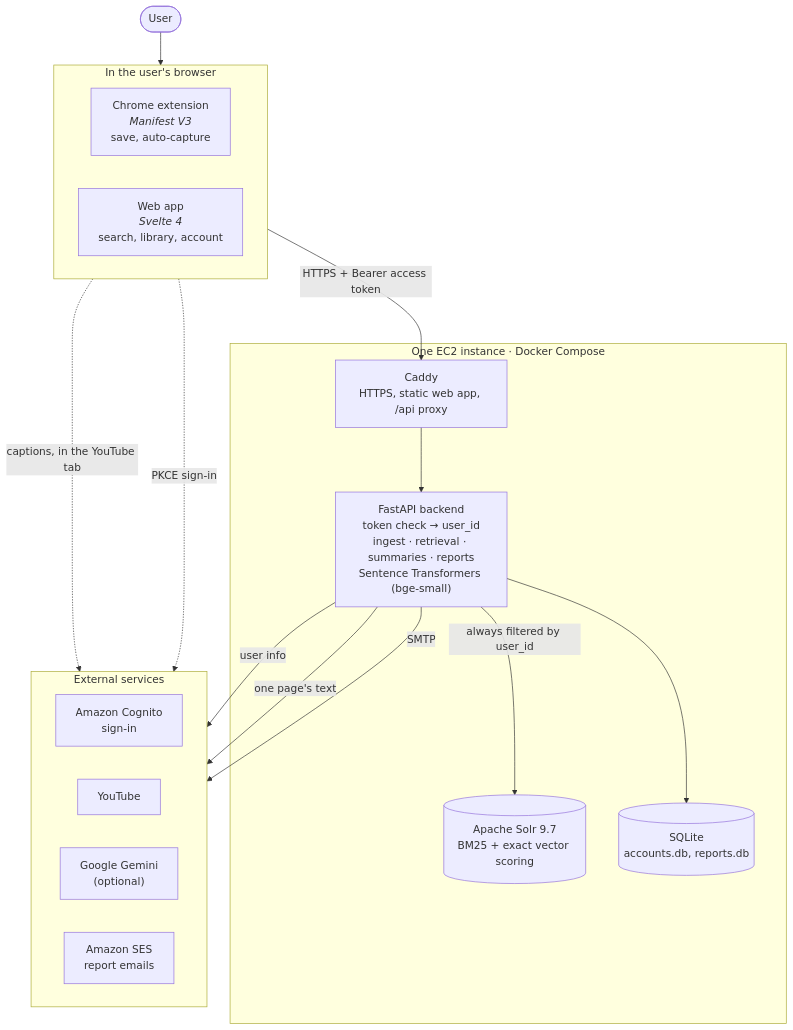
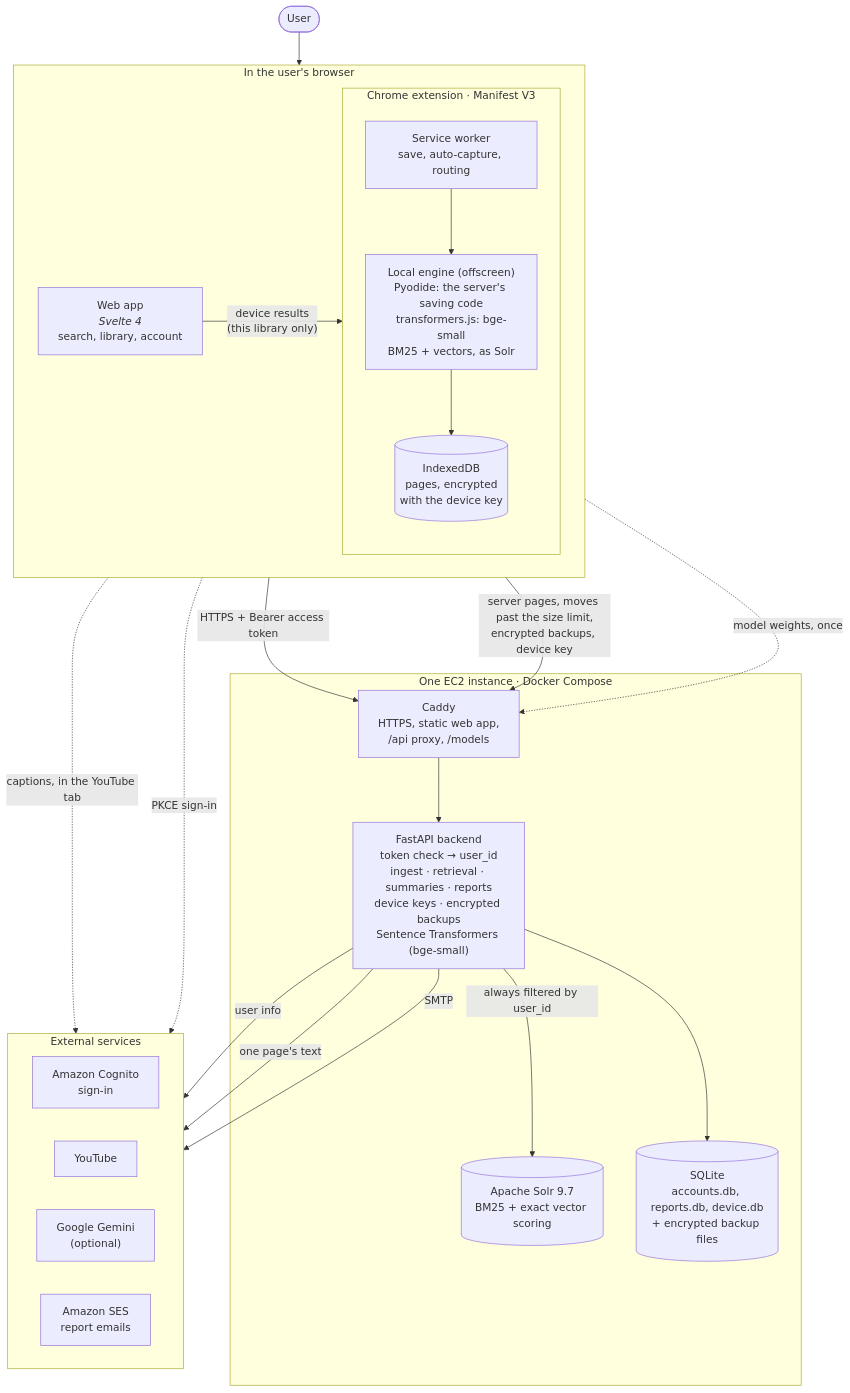
Before and after one commit to rabeeh18/ucs503p-202627-MemoryLane: the diagram in docs/architecture/overview.md, drawn with Mermaid. The commit also changed 20 other files, not shown here.

First line of the commit message:
Diagrams: device storage and IndexedDB in docs and report

````diff
--- a/docs/architecture/overview.md
+++ b/docs/architecture/overview.md
@@ -5,36 +5,45 @@
 ```mermaid
 flowchart TB
     user(["User"])
 
     subgraph client["In the user's browser"]
         direction LR
-        ext["Chrome extension<br/><i>Manifest V3</i><br/>save, auto-capture"]
+        subgraph extbox["Chrome extension · Manifest V3"]
+            direction TB
+            ext["Service worker<br/>save, auto-capture, routing"]
+            engine["Local engine (offscreen)<br/>Pyodide: the server's saving code<br/>transformers.js: bge-small<br/>BM25 + vectors, as Solr"]
+            idb[("IndexedDB<br/>pages, encrypted<br/>with the device key")]
+            ext --> engine --> idb
+        end
         web["Web app<br/><i>Svelte 4</i><br/>search, library, account"]
+        web -->|"device results<br/>(this library only)"| ext
     end
 
     subgraph server["One EC2 instance · Docker Compose"]
-        caddy["Caddy<br/>HTTPS, static web app, /api proxy"]
-        api["FastAPI backend<br/>token check → user_id<br/>ingest · retrieval · summaries · reports<br/>Sentence Transformers (bge-small)"]
+        caddy["Caddy<br/>HTTPS, static web app,<br/>/api proxy, /models"]
+        api["FastAPI backend<br/>token check → user_id<br/>ingest · retrieval · summaries · reports<br/>device keys · encrypted backups<br/>Sentence Transformers (bge-small)"]
         solr[("Apache Solr 9.7<br/>BM25 + exact vector scoring")]
-        sqlite[("SQLite<br/>accounts.db, reports.db")]
+        sqlite[("SQLite<br/>accounts.db, reports.db, device.db<br/>+ encrypted backup files")]
         caddy --> api
         api -->|"always filtered by user_id"| solr
         api --> sqlite
     end
 
     subgraph outside["External services"]
         direction LR
         cognito["Amazon Cognito<br/>sign-in"]
         youtube["YouTube"]
         gemini["Google Gemini<br/>(optional)"]
         ses["Amazon SES<br/>report emails"]
     end
 
     user --> client
-    client -->|"HTTPS + Bearer access token"| caddy
+    web -->|"HTTPS + Bearer access token"| caddy
+    ext -->|"server pages, moves past the size limit,<br/>encrypted backups, device key"| caddy
+    engine -.->|"model weights, once"| caddy
     client -.->|"PKCE sign-in"| cognito
     ext -.->|"captions, in the YouTube tab"| youtube
     api -->|"user info"| cognito
     api -->|"one page's text"| gemini
     api -->|"SMTP"| ses
 ```
````
